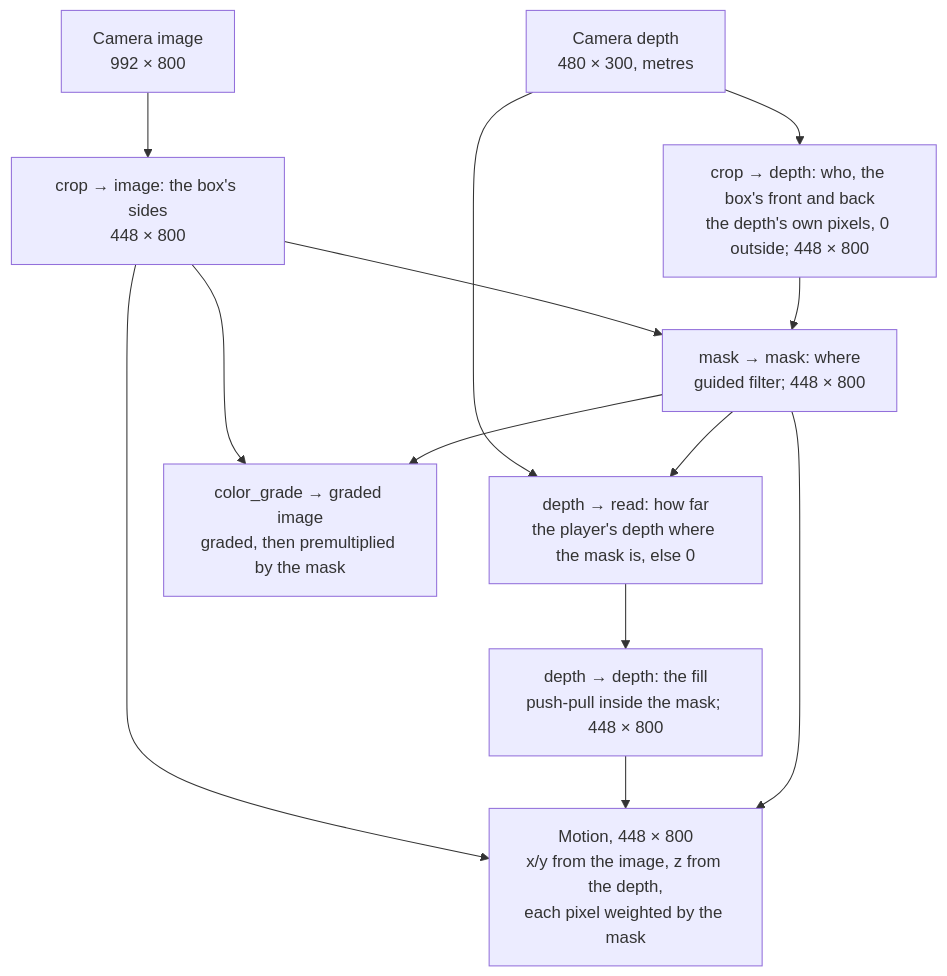
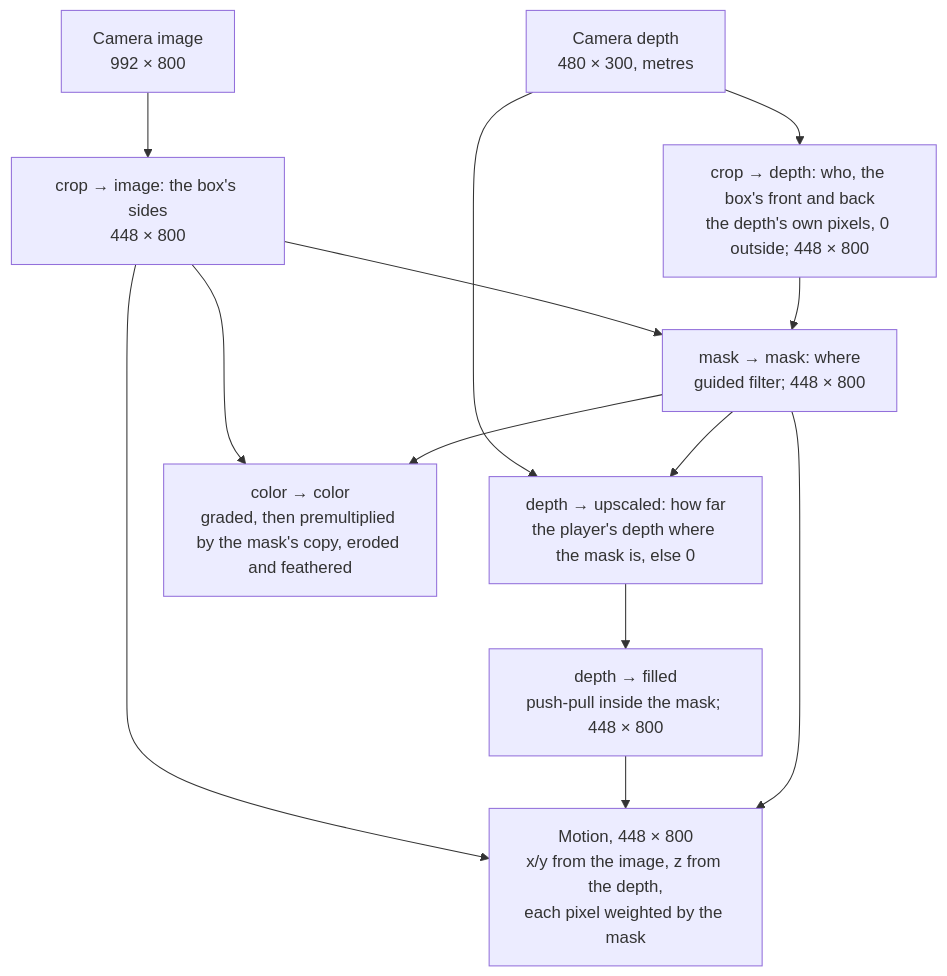
Before and after one commit to moostrik/Poser2: the diagram in modules/flow/VIEW.md, drawn with Mermaid. The commit also changed other lines of this file and 22 other files, not shown here.

````diff
--- a/modules/flow/VIEW.md
+++ b/modules/flow/VIEW.md
@@ -33,23 +33,23 @@
 ```mermaid
 flowchart TB
   I["Camera image<br/>992 × 800"]
   D["Camera depth<br/>480 × 300, metres"]
   C["crop → image: the box's sides<br/>448 × 800"]
   K["crop → depth: who, the box's front and back<br/>the depth's own pixels, 0 outside; 448 × 800"]
   M["mask → mask: where<br/>guided filter; 448 × 800"]
-  R["depth → read: how far<br/>the player's depth where the mask is, else 0"]
-  F["depth → depth: the fill<br/>push-pull inside the mask; 448 × 800"]
-  G["color_grade → graded image<br/>graded, then premultiplied by the mask"]
+  R["depth → upscaled: how far<br/>the player's depth where the mask is, else 0"]
+  F["depth → filled<br/>push-pull inside the mask; 448 × 800"]
+  G["color → color<br/>graded, then premultiplied by the mask's copy, eroded and feathered"]
   MO["Motion, 448 × 800<br/>x/y from the image, z from the depth,<br/>each pixel weighted by the mask"]
   I --> C
   D --> K
   C --> M
   K --> M
   D --> R
   M --> R --> F
   C --> G
   M --> G
   C --> MO
   F --> MO
   M --> MO
 ```
````
